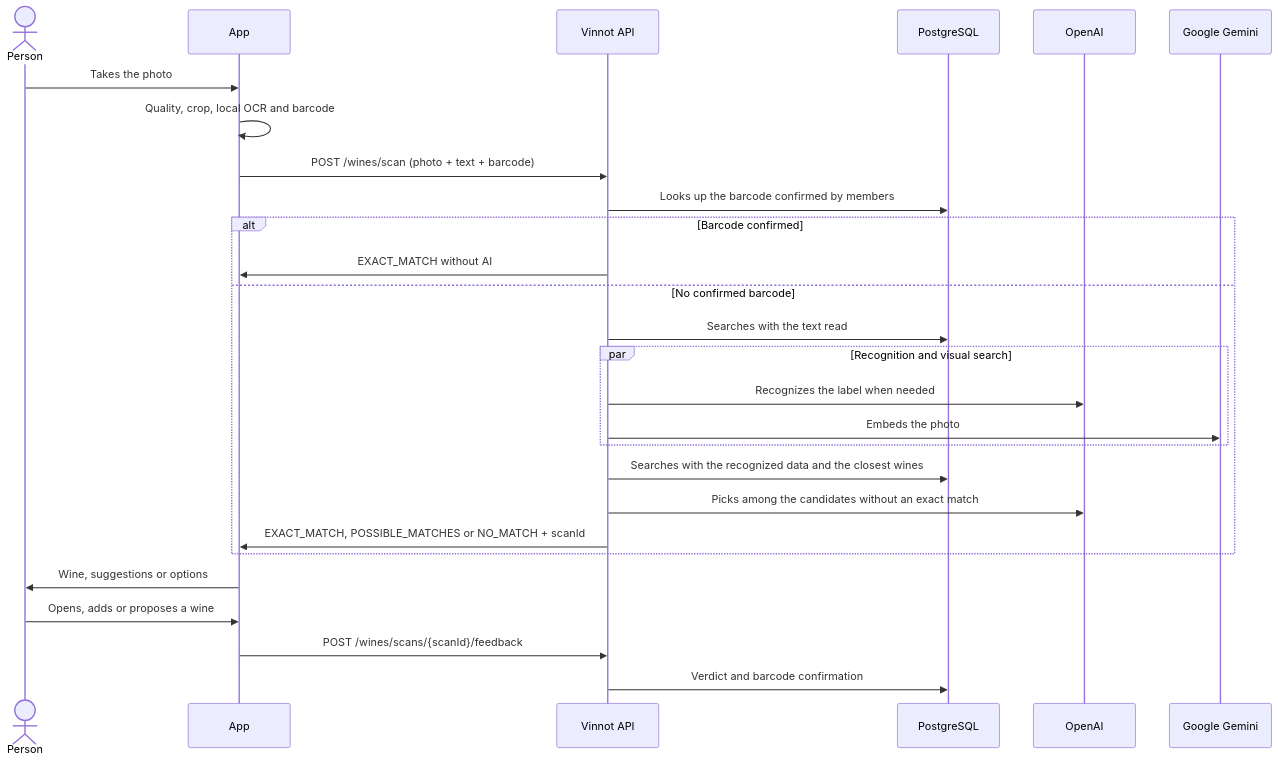
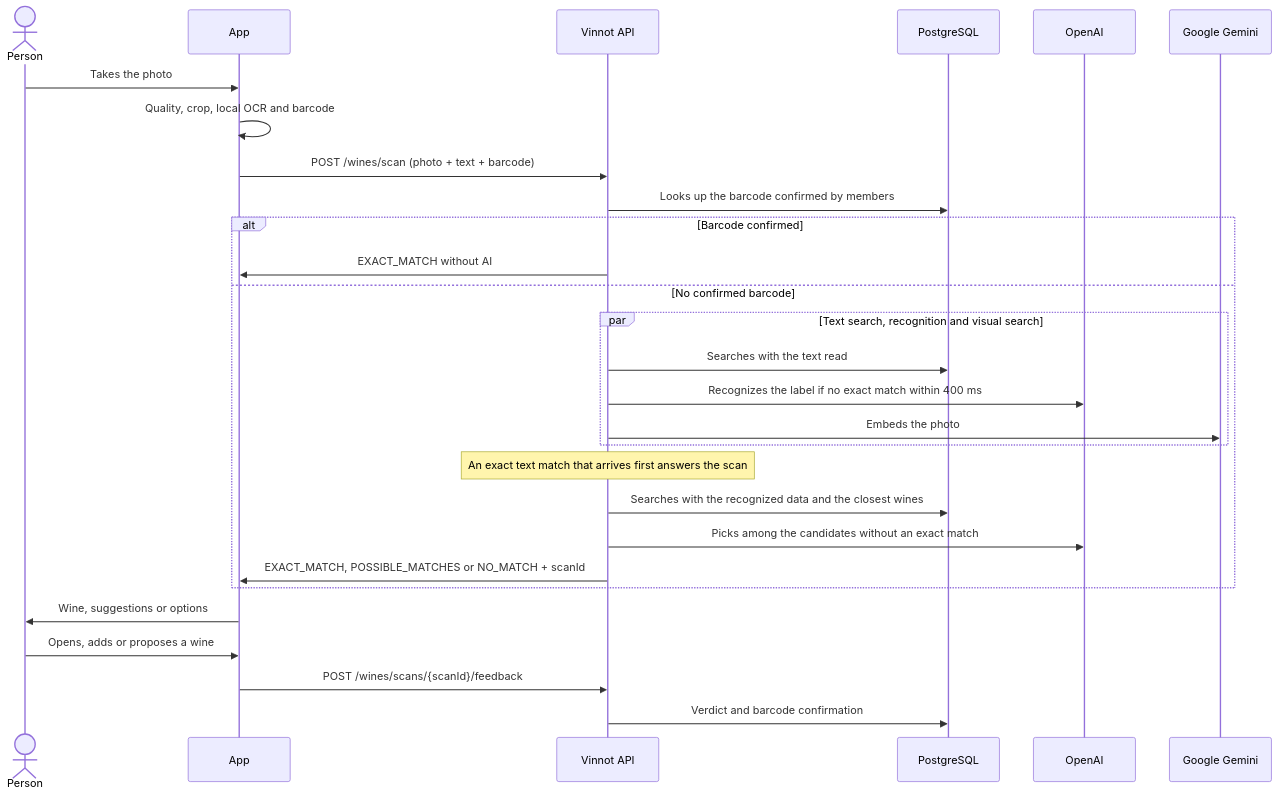
Before and after one commit to Bielaszczuk/vinnot-demo: the diagram in docs/en/modules/wines/use-cases/uc-win-05-scan-label.md, drawn with Mermaid. The commit also changed other lines of this file and 18 other files, not shown here.

````diff
--- a/docs/en/modules/wines/use-cases/uc-win-05-scan-label.md
+++ b/docs/en/modules/wines/use-cases/uc-win-05-scan-label.md
@@ -74,29 +74,30 @@
 ```mermaid
 sequenceDiagram
     actor U as Person
     participant APP as App
     participant API as Vinnot API
     participant DB as PostgreSQL
     participant AI as OpenAI
     participant EMB as Google Gemini
     U->>APP: Takes the photo
     APP->>APP: Quality, crop, local OCR and barcode
     APP->>API: POST /wines/scan (photo + text + barcode)
     API->>DB: Looks up the barcode confirmed by members
     alt Barcode confirmed
         API->>APP: EXACT_MATCH without AI
     else No confirmed barcode
-        API->>DB: Searches with the text read
-        par Recognition and visual search
-            API->>AI: Recognizes the label when needed
+        par Text search, recognition and visual search
+            API->>DB: Searches with the text read
+            API->>AI: Recognizes the label if no exact match within 400 ms
             API->>EMB: Embeds the photo
         end
+        Note over API: An exact text match that arrives first answers the scan
         API->>DB: Searches with the recognized data and the closest wines
         API->>AI: Picks among the candidates without an exact match
         API->>APP: EXACT_MATCH, POSSIBLE_MATCHES or NO_MATCH + scanId
     end
     APP->>U: Wine, suggestions or options
     U->>APP: Opens, adds or proposes a wine
     APP->>API: POST /wines/scans/{scanId}/feedback
     API->>DB: Verdict and barcode confirmation
 ```
````
